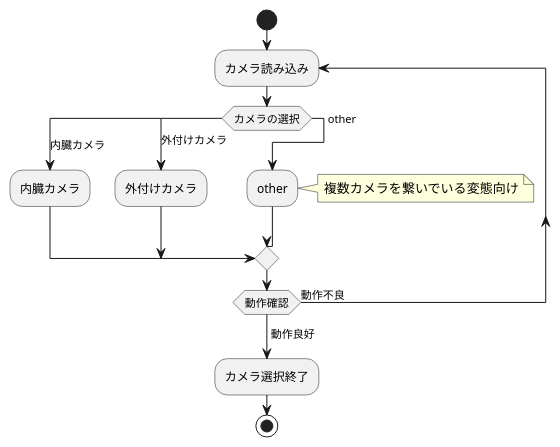
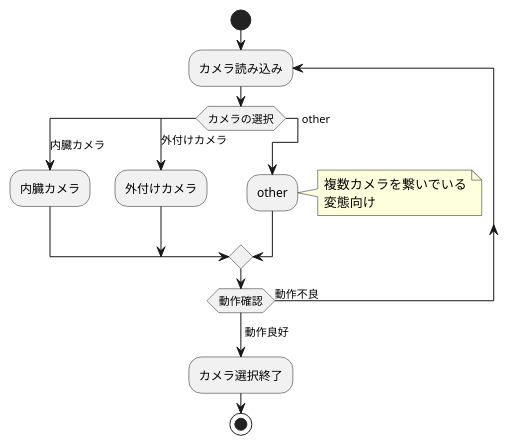
Before and after one commit to penguintrainer/OCR: the third of 4 diagrams in doc/SRS.md, drawn with PlantUML. The commit also changed other lines of this file, not shown here.

````diff
--- a/doc/SRS.md
+++ b/doc/SRS.md
@@ -46,19 +48,19 @@
 ```plantuml
 @startuml
 start
 repeat :カメラ読み込み;
 switch (カメラの選択)
     case(内臓カメラ)
         :内臓カメラ;
     case (外付けカメラ) 
         :外付けカメラ;
     case (other)
         :other;
-        note right:複数カメラを繋いでいる変態向け
+        note right:複数カメラを繋いでいる\n変態向け
 endswitch
 repeat while (動作確認) is (動作不良)
 ->動作良好;
 :カメラ選択終了;
 stop
 @enduml
 ```
````
